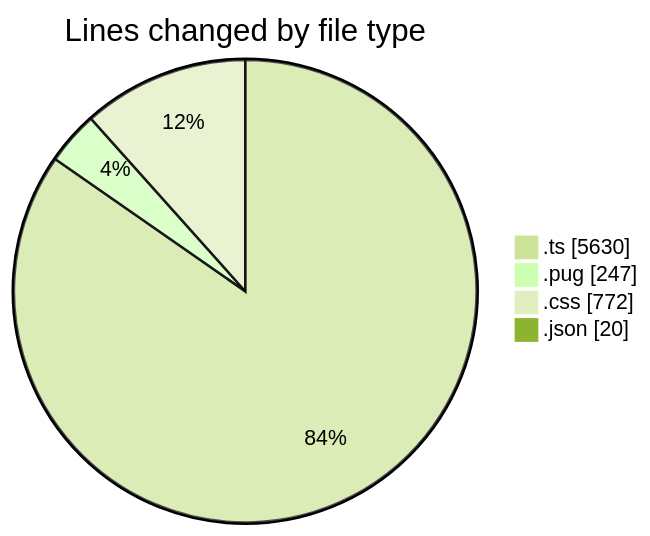
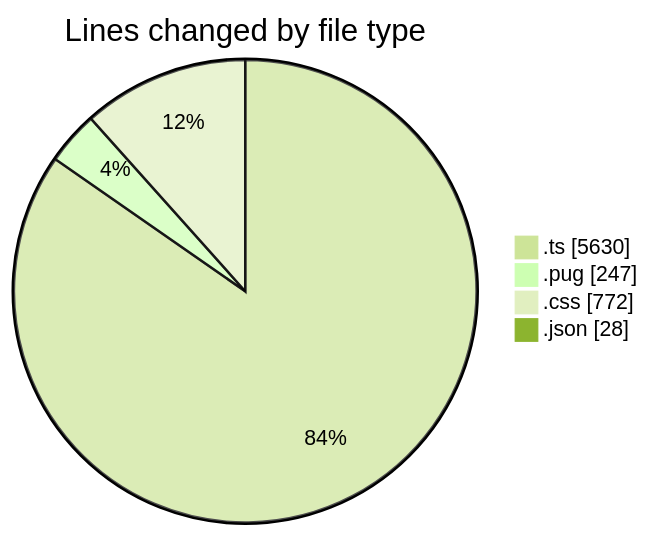
One commit to momahboobian/code-tracking changed the first of 2 diagrams in 2025-10-31/cda/README.md. Above: the diagram before and after it, drawn with Mermaid (forest theme). The commit also changed other lines of this file and 1 other file, not shown here.

````diff
--- a/2025-10-31/cda/README.md
+++ b/2025-10-31/cda/README.md
@@ -31,8 +31,8 @@
 ```mermaid
 pie showData
 title Lines changed by file type
 ".ts" : 5630
 ".pug" : 247
 ".css" : 772
-".json" : 20
+".json" : 28
 ```
````
